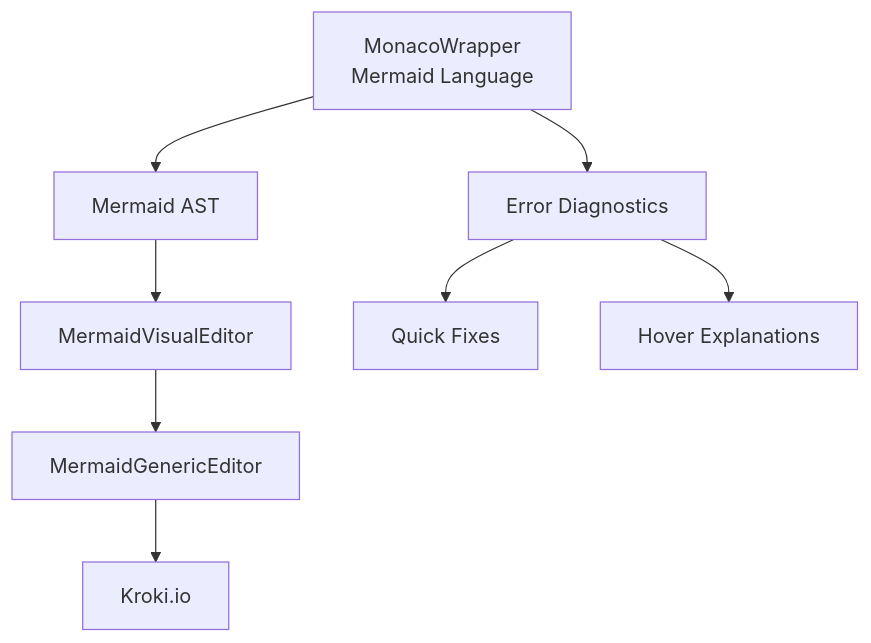
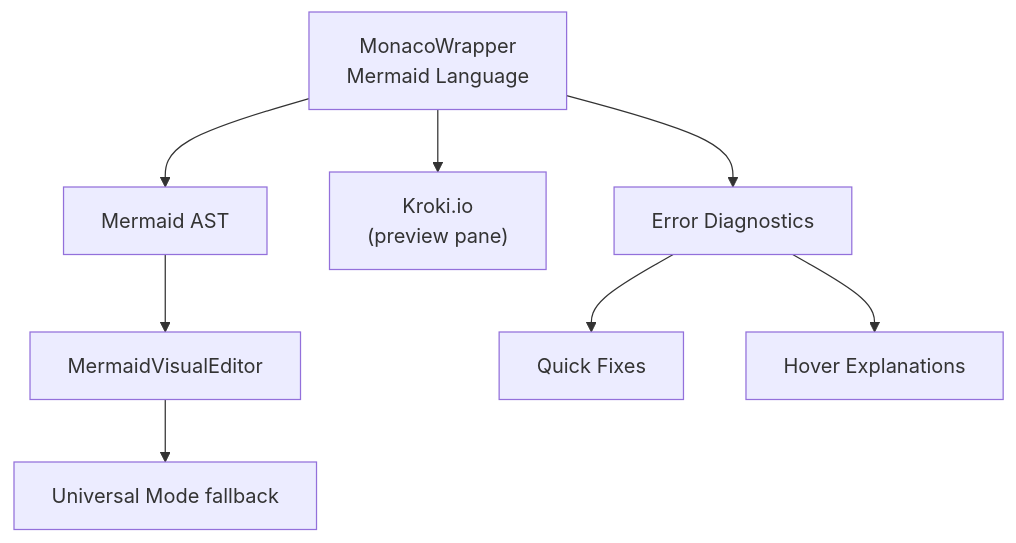
One commit to ongchonghian/universal-diagram-editor changed the sixth of 6 diagrams in .qoder/repowiki/en/content/Diagram Types and Formats/Mermaid Diagrams/Class Diagrams.md. Above: the diagram before and after it, drawn with Mermaid. The commit also changed other lines of this file and 31 other files, not shown here.

````diff
--- a/.qoder/repowiki/en/content/Diagram Types and Formats/Mermaid Diagrams/Class Diagrams.md
+++ b/.qoder/repowiki/en/content/Diagram Types and Formats/Mermaid Diagrams/Class Diagrams.md
@@ -226,10 +224,10 @@
 ```mermaid
 graph TB
 Monaco["MonacoWrapper<br/>Mermaid Language"] --> AST["Mermaid AST"]
 AST --> Router["MermaidVisualEditor"]
-Router --> Generic["MermaidGenericEditor"]
-Generic --> Kroki["Kroki.io"]
+Router --> Generic["Universal Mode fallback"]
+Monaco --> Kroki["Kroki.io<br/>(preview pane)"]
 Monaco --> Diag["Error Diagnostics"]
 Diag --> Fixes["Quick Fixes"]
 Diag --> Hover["Hover Explanations"]
 ```
````
